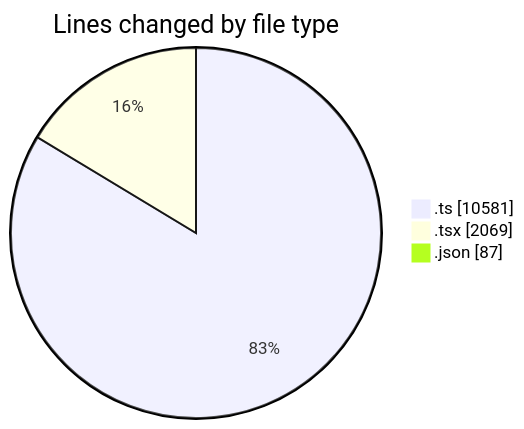
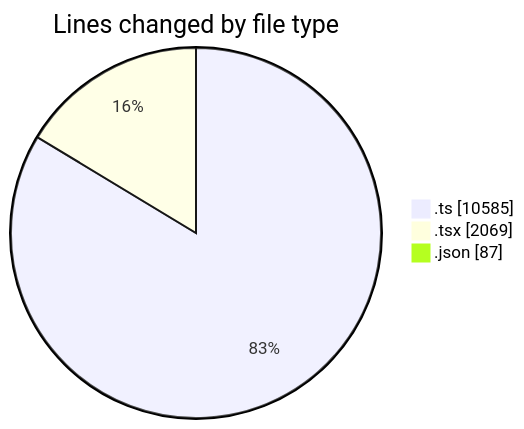
Before and after one commit to momahboobian/code-tracking: the first of 2 diagrams in 2025-07-14/cda/README.md, drawn with Mermaid. The commit also changed other lines of this file and 1 other file, not shown here.

````diff
--- a/2025-07-14/cda/README.md
+++ b/2025-07-14/cda/README.md
@@ -29,7 +29,7 @@
 ```mermaid
 pie showData
 title Lines changed by file type
-".ts" : 10581
+".ts" : 10585
 ".tsx" : 2069
 ".json" : 87
 ```
````
